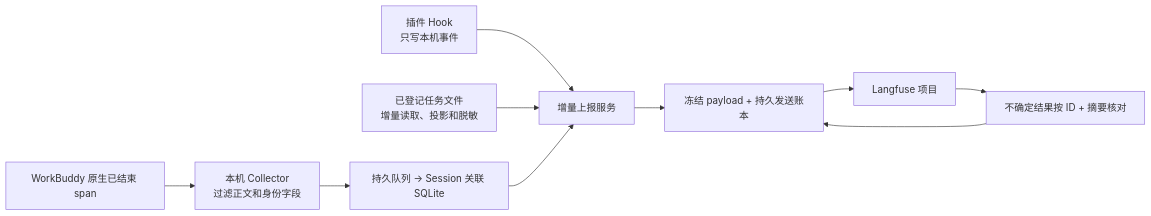
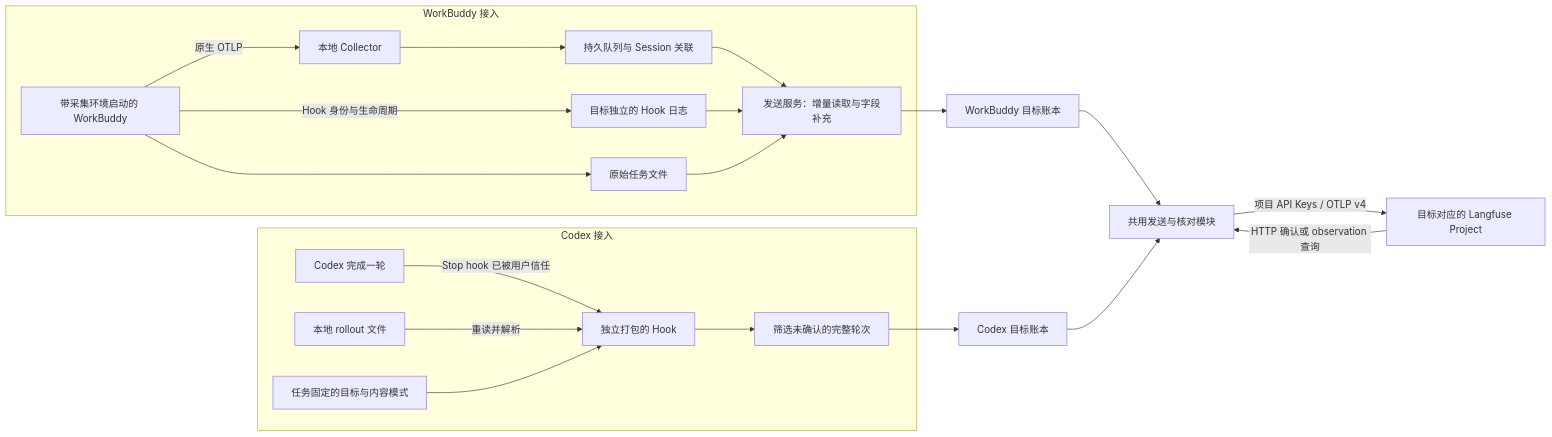
The diagram in docs/architecture/overview.md (fine405/langfuse-helper), drawn with Mermaid before and after one commit. The commit also changed other lines of this file and 43 other files, not shown here.

Commit message:
Unify WorkBuddy and Codex under agent discovery and target profiles

````diff
--- a/docs/architecture/overview.md
+++ b/docs/architecture/overview.md
@@ -5,12 +7,24 @@
 ```mermaid
 flowchart LR
-  W[WorkBuddy 原生已结束 span] --> C[本机 Collector\n过滤正文和身份字段]
-  C --> Q[持久队列 → Session 关联 SQLite]
-  H[插件 Hook\n只写本机事件] --> S[增量上报服务]
-  T[已登记任务文件\n增量读取、投影和脱敏] --> S
-  Q --> S
-  S --> D[冻结 payload + 持久发送账本]
-  D --> L[Langfuse 项目]
-  L --> R[不确定结果按 ID + 摘要核对]
-  R --> D
+  subgraph WB[WorkBuddy 接入]
+    W[带采集环境启动的 WorkBuddy] -->|原生 OTLP| COL[本地 Collector]
+    W -->|Hook 身份与生命周期| WH[目标独立的 Hook 日志]
+    W --> WT[原始任务文件]
+    COL --> Q[持久队列与 Session 关联]
+    Q --> WS[发送服务：增量读取与字段补充]
+    WH --> WS
+    WT --> WS
+  end
+  subgraph CX[Codex 接入]
+    C[Codex 完成一轮] -->|Stop hook 已被用户信任| CH[独立打包的 Hook]
+    CR[本地 rollout 文件] -->|重读并解析| CH
+    CB[任务固定的目标与内容模式] --> CH
+    CH --> CT[筛选未确认的完整轮次]
+  end
+  WS --> WD[WorkBuddy 目标账本]
+  CT --> CD[Codex 目标账本]
+  WD --> TX[共用发送与核对模块]
+  CD --> TX
+  TX -->|项目 API Keys / OTLP v4| LF[目标对应的 Langfuse Project]
+  LF -->|HTTP 确认或 observation 查询| TX
 ```
````
